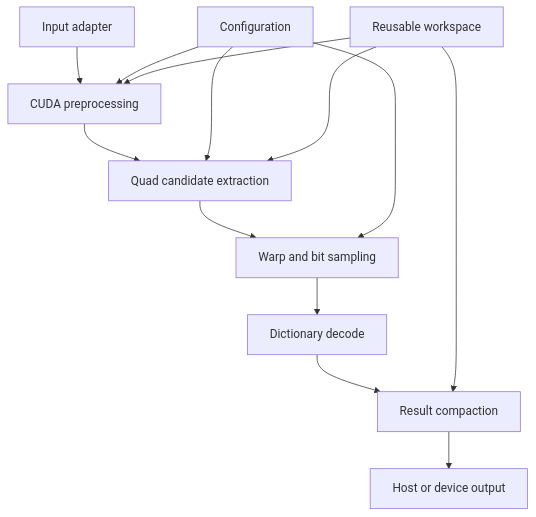
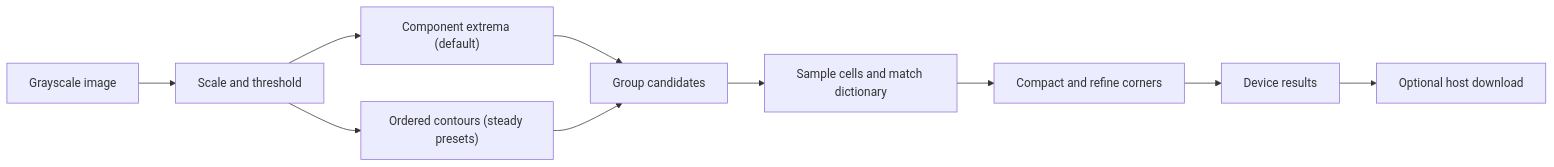
The diagram in docs/architecture.md (MasakazuTobeta/ArUco3-CUDA), drawn with Mermaid before and after one commit. The commit also changed other lines of this file and 13 other files, not shown here.

````diff
--- a/docs/architecture.md
+++ b/docs/architecture.md
@@ -19,15 +19,12 @@
 ```mermaid
-flowchart TD
-    I["Input adapter"] --> P["CUDA preprocessing"]
-    P --> Q["Quad candidate extraction"]
-    Q --> W["Warp and bit sampling"]
-    W --> D["Dictionary decode"]
-    D --> R["Result compaction"]
-    R --> O["Host or device output"]
-    C["Configuration"] --> P
-    C --> Q
-    C --> W
-    M["Reusable workspace"] --> P
-    M --> Q
-    M --> R
+flowchart LR
+    I["Grayscale image"] --> T["Scale and threshold"]
+    T --> A["Component extrema (default)"]
+    T --> B["Ordered contours (steady presets)"]
+    A --> G["Group candidates"]
+    B --> G
+    G --> D["Sample cells and match dictionary"]
+    D --> R["Compact and refine corners"]
+    R --> O["Device results"]
+    O --> H["Optional host download"]
 ```
````
